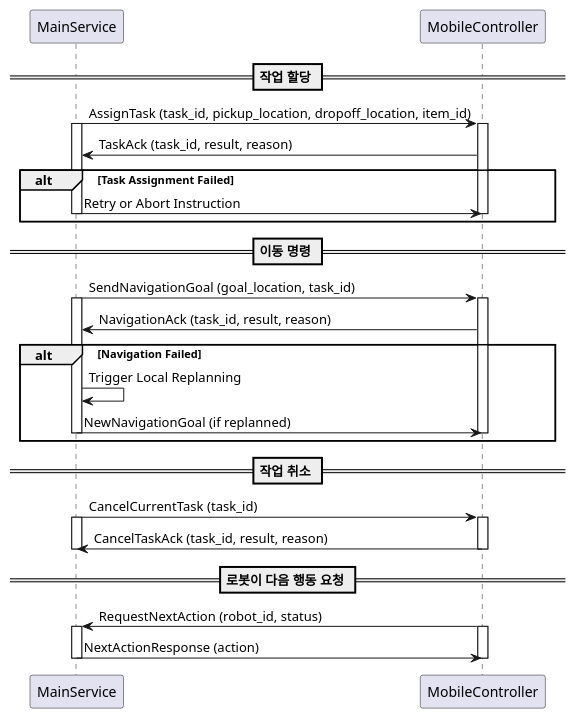
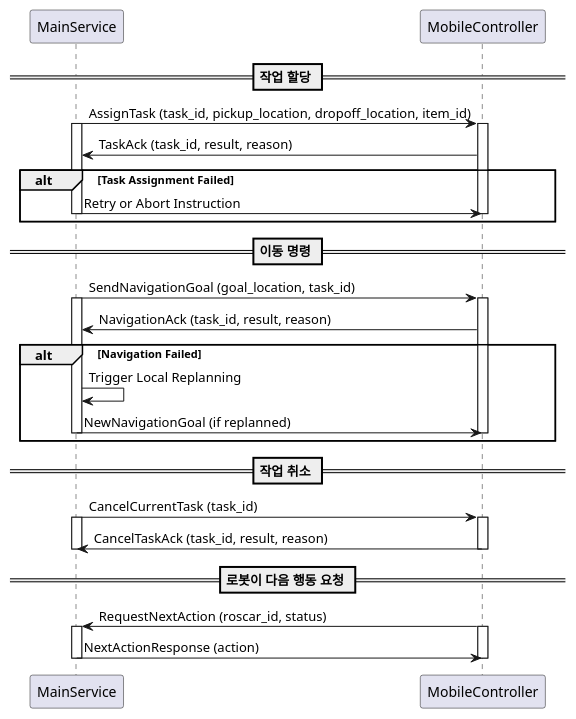
Diagram 18 of 24 in docs/sequence_diagram v1-component.md (addinedu-ros-8th/ros-repo-3), drawn with PlantUML before and after one commit. The commit also changed other lines of this file and 108 other files, not shown here.

Commit message:
Fix build and Rename robot to roscar

````diff
--- a/docs/sequence_diagram v1-component.md
+++ b/docs/sequence_diagram v1-component.md
@@ -814,51 +814,51 @@
 ```plantuml
 @startuml
 participant MainService
 participant MobileController
 
 == 작업 할당 ==
 
 MainService -> MobileController: AssignTask (task_id, pickup_location, dropoff_location, item_id)
 activate MainService
 activate MobileController
 MobileController -> MainService: TaskAck (task_id, result, reason)
 alt Task Assignment Failed
     MainService -> MobileController: Retry or Abort Instruction
     deactivate MobileController
     deactivate MainService
 end
 
 
 == 이동 명령 ==
 
 MainService -> MobileController: SendNavigationGoal (goal_location, task_id)
 activate MainService
 activate MobileController
 MobileController -> MainService: NavigationAck (task_id, result, reason)
 alt Navigation Failed
     MainService -> MainService: Trigger Local Replanning
     MainService -> MobileController: NewNavigationGoal (if replanned)
     deactivate MobileController
     deactivate MainService
 end
 
 == 작업 취소 ==
 
 MainService -> MobileController: CancelCurrentTask (task_id)
 activate MainService
 activate MobileController
 MobileController -> MainService: CancelTaskAck (task_id, result, reason)
 deactivate MobileController
 deactivate MainService
 
 == 로봇이 다음 행동 요청 ==
 
-MobileController -> MainService: RequestNextAction (robot_id, status)
+MobileController -> MainService: RequestNextAction (roscar_id, status)
 activate MobileController
 activate MainService
 MainService -> MobileController: NextActionResponse (action)
 deactivate MainService
 deactivate MobileController
 
 @enduml
 ```
````
